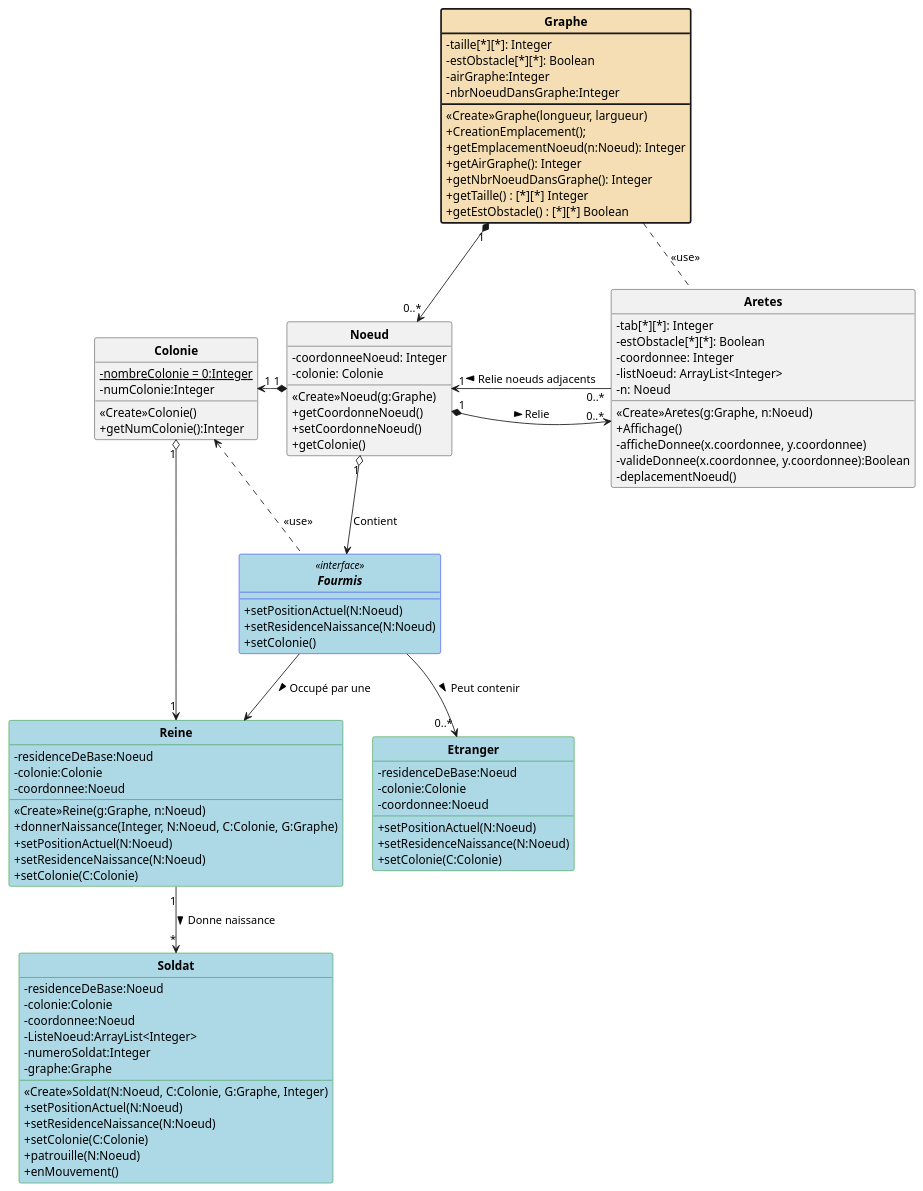
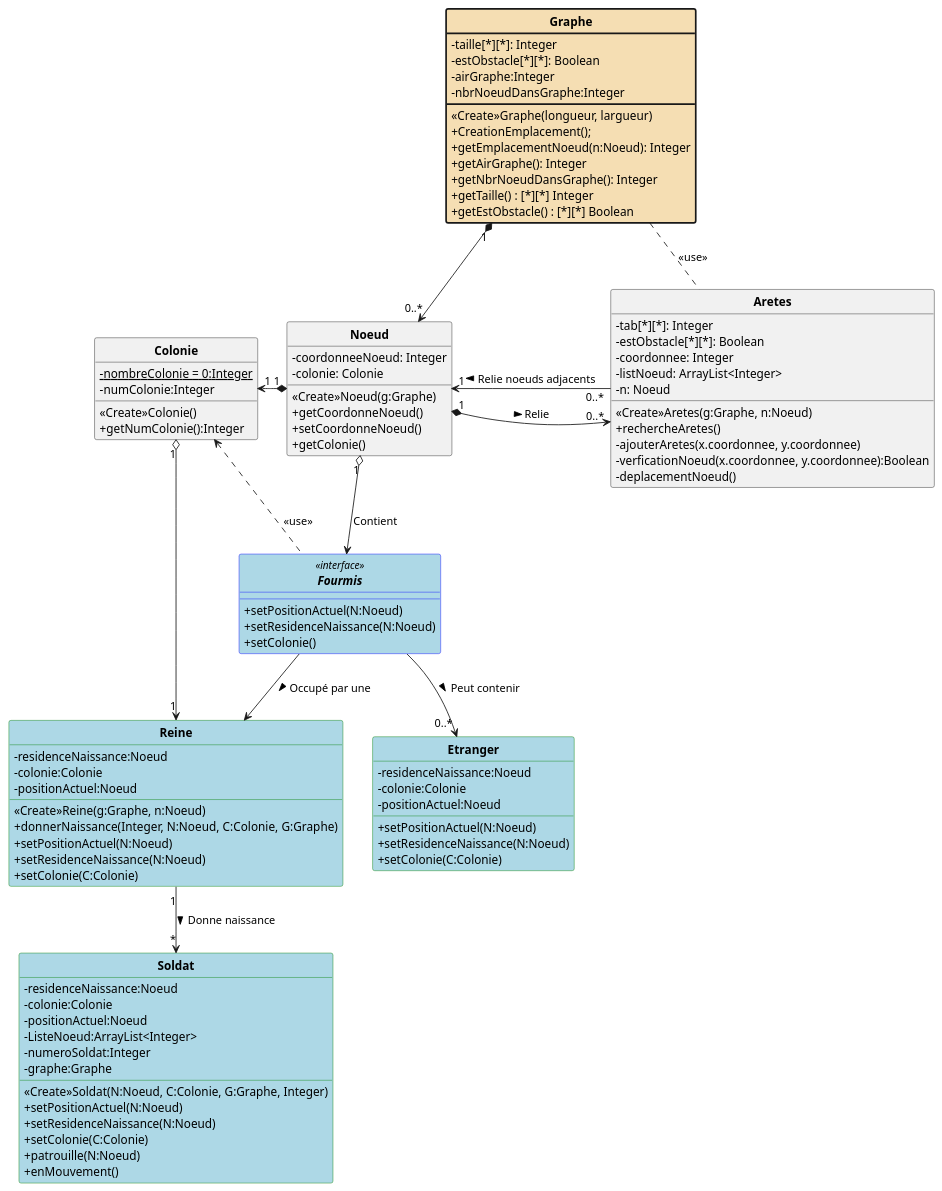
Before and after one commit to jvondermarck/ant-colony: the diagram in plantUML/V1/Fourmis_DC_Conception.puml, drawn with PlantUML. The commit also changed 10 other files, not shown here.

```diff
--- a/plantUML/V1/Fourmis_DC_Conception.puml
+++ b/plantUML/V1/Fourmis_DC_Conception.puml
@@ -1,113 +1,113 @@
 @startuml
 'https://plantuml.com/class-diagram
 
 skinparam style strictuml
 skinparam classAttributeIconSize 0
 skinparam classFontStyle Bold
 hide enum methods
 
 class Graphe #back:Wheat;line.bold {
     -taille[*][*]: Integer
     -estObstacle[*][*]: Boolean
     -airGraphe:Integer
     -nbrNoeudDansGraphe:Integer
 
     <<Create>>Graphe(longueur, largueur)
     +CreationEmplacement();
     +getEmplacementNoeud(n:Noeud): Integer
     +getAirGraphe(): Integer
     +getNbrNoeudDansGraphe(): Integer
     +getTaille() : [*][*] Integer
     +getEstObstacle() : [*][*] Boolean
 }
 
 class Noeud{
     -coordonneeNoeud: Integer
     -colonie: Colonie
 
     <<Create>>Noeud(g:Graphe)
     +getCoordonneNoeud()
     +setCoordonneNoeud()
     +getColonie()
 }
 
 class Aretes {
     -tab[*][*]: Integer
     -estObstacle[*][*]: Boolean
     -coordonnee: Integer
     -listNoeud: ArrayList<Integer>
     -n: Noeud
 
     <<Create>>Aretes(g:Graphe, n:Noeud)
-    +Affichage()
-    -afficheDonnee(x.coordonnee, y.coordonnee)
-    -valideDonnee(x.coordonnee, y.coordonnee):Boolean
+    +rechercheAretes()
+    -ajouterAretes(x.coordonnee, y.coordonnee)
+    -verficationNoeud(x.coordonnee, y.coordonnee):Boolean
     -deplacementNoeud()
 }
 
 class Colonie {
     -{static} nombreColonie = 0:Integer
     -numColonie:Integer
     <<Create>>Colonie()
     +getNumColonie():Integer
 }
 
 interface Fourmis <<interface>> #lightblue;line:blue {
     +setPositionActuel(N:Noeud)
     +setResidenceNaissance(N:Noeud)
     +setColonie()
 }
 class Reine #lightblue;line:green {
-    -residenceDeBase:Noeud
+    -residenceNaissance:Noeud
     -colonie:Colonie
-    -coordonnee:Noeud
+    -positionActuel:Noeud
 
     <<Create>>Reine(g:Graphe, n:Noeud)
     +donnerNaissance(Integer, N:Noeud, C:Colonie, G:Graphe)
     +setPositionActuel(N:Noeud)
     +setResidenceNaissance(N:Noeud)
     +setColonie(C:Colonie)
 }
 
 class Soldat #lightblue;line:green {
-    -residenceDeBase:Noeud
+    -residenceNaissance:Noeud
     -colonie:Colonie
-    -coordonnee:Noeud
+    -positionActuel:Noeud
     -ListeNoeud:ArrayList<Integer>
     -numeroSoldat:Integer
     -graphe:Graphe
 
     <<Create>>Soldat(N:Noeud, C:Colonie, G:Graphe, Integer)
     +setPositionActuel(N:Noeud)
     +setResidenceNaissance(N:Noeud)
     +setColonie(C:Colonie)
     +patrouille(N:Noeud)
     +enMouvement()
 }
 
 class Etranger #lightblue;line:green{
-    -residenceDeBase:Noeud
+    -residenceNaissance:Noeud
     -colonie:Colonie
-    -coordonnee:Noeud
+    -positionActuel:Noeud
 
     +setPositionActuel(N:Noeud)
     +setResidenceNaissance(N:Noeud)
     +setColonie(C:Colonie)
 }
 
 
 Graphe "1" *--> "0..*" Noeud
 
 Noeud "\n1" *-> "0..*" Aretes : \n Relie  >
 Aretes "0..*" -> "1" Noeud : Relie noeuds adjacents >
 
 Graphe .. Aretes : <<use>>
 Noeud "1" *-left> "1" Colonie
 Colonie <.. Fourmis : <<use>>
 Reine "1" <-lefto "1" Colonie
 Noeud "1" o--> Fourmis : Contient
 Fourmis --> Reine : Occupé par une >
 Fourmis --> "\t\t0..*" Etranger : Peut contenir >
 Reine "1" --> "*" Soldat : Donne naissance >
 
 @enduml
```
